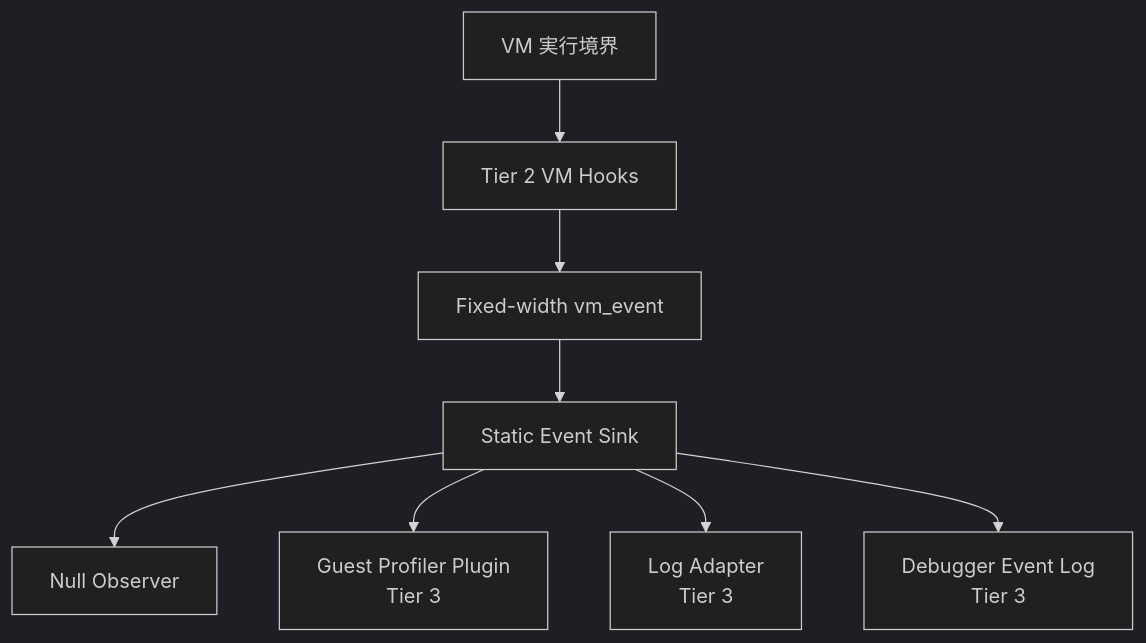
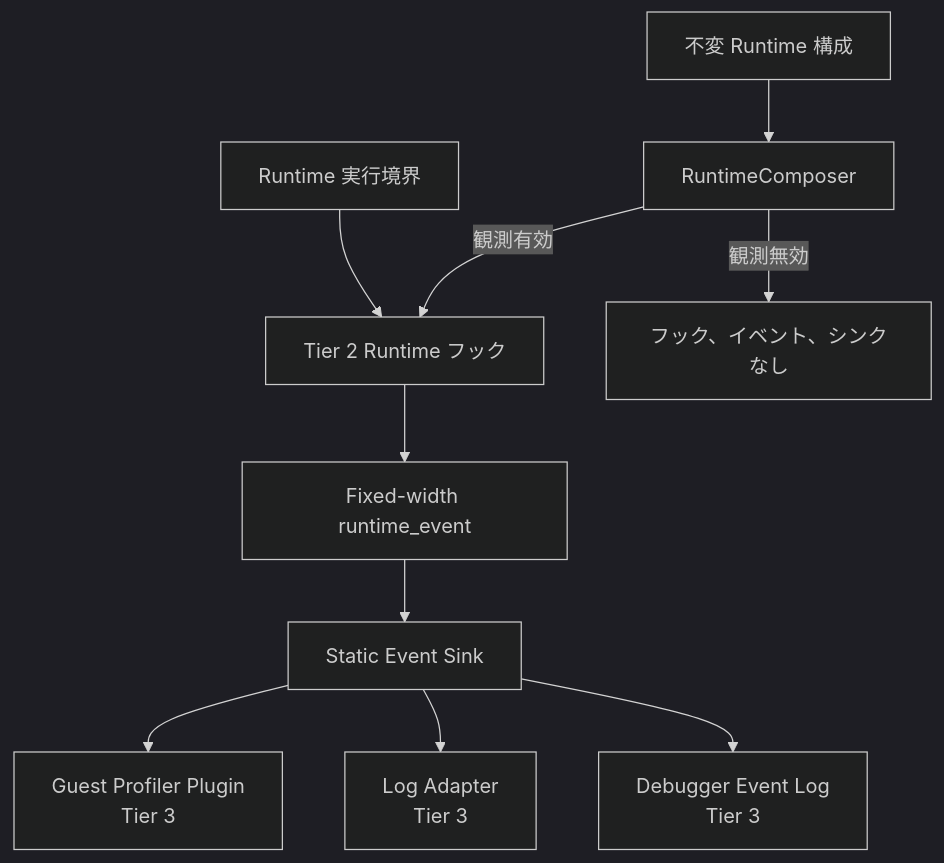
Before and after one commit to kmt-t/fireball: the diagram in docs/components/tier2_runtime/runtime_observability.md, drawn with Mermaid (dark theme). The commit also changed other lines of this file and 104 other files, not shown here.

````diff
--- a/docs/components/tier2_runtime/runtime_observability.md
+++ b/docs/components/tier2_runtime/runtime_observability.md
@@ -42,10 +42,12 @@
 ```mermaid
 graph TD
-    VM[VM 実行境界] --> Hook[Tier 2 VM Hooks]
-    Hook --> Record[Fixed-width vm_event]
+    Config[不変 Runtime 構成] --> Composer[RuntimeComposer]
+    Composer -->|観測有効| Hook[Tier 2 Runtime フック]
+    Composer -->|観測無効| Elided[フック、イベント、シンクなし]
+    Runtime[Runtime 実行境界] --> Hook
+    Hook --> Record[Fixed-width runtime_event]
     Record --> Sink[Static Event Sink]
-    Sink --> Null[Null Observer]
     Sink --> Profiler[Guest Profiler Plugin<br/>Tier 3]
     Sink --> Log[Log Adapter<br/>Tier 3]
     Sink --> DebugLog[Debugger Event Log<br/>Tier 3]
 ```
````
